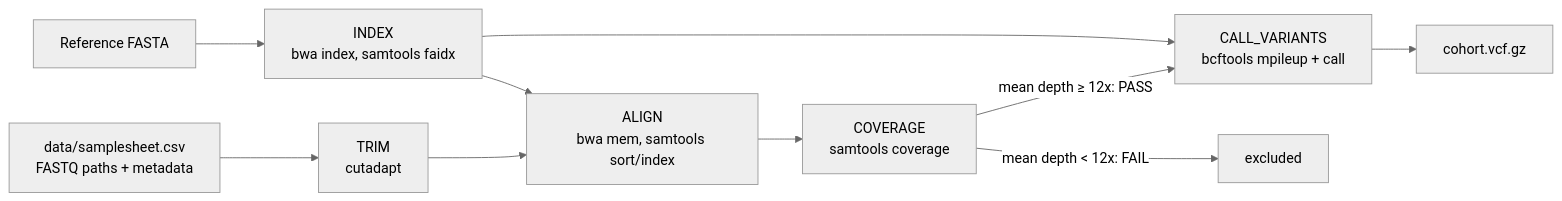
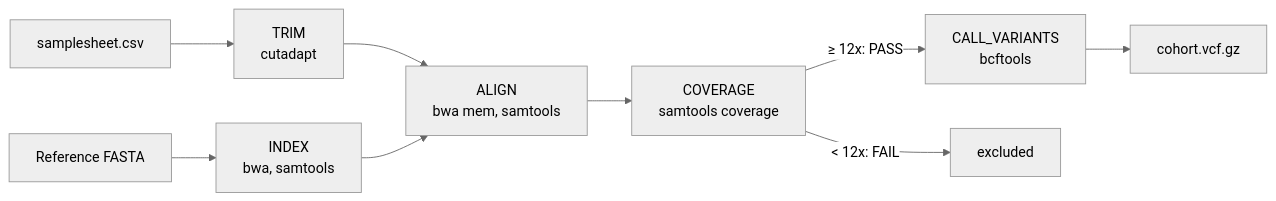
The diagram in README.md (timondm0704/nextflow_wgs_variant_calling), drawn with Mermaid (neutral theme) before and after one commit. The commit also changed other lines of this file, not shown here.

````diff
--- a/README.md
+++ b/README.md
@@ -42,12 +17,11 @@
 ```mermaid
 flowchart LR
-    S["data/samplesheet.csv<br/>FASTQ paths + metadata"] --> T["TRIM<br/>cutadapt"]
-    R["Reference FASTA"] --> I["INDEX<br/>bwa index, samtools faidx"]
-    T --> A["ALIGN<br/>bwa mem, samtools sort/index"]
+    S["samplesheet.csv"] --> T["TRIM<br/>cutadapt"]
+    R["Reference FASTA"] --> I["INDEX<br/>bwa, samtools"]
+    T --> A["ALIGN<br/>bwa mem, samtools"]
     I --> A
     A --> C["COVERAGE<br/>samtools coverage"]
-    C -->|"mean depth ≥ 12x: PASS"| V["CALL_VARIANTS<br/>bcftools mpileup + call"]
-    C -->|"mean depth < 12x: FAIL"| X["excluded"]
-    I --> V
+    C -->|"≥ 12x: PASS"| V["CALL_VARIANTS<br/>bcftools"]
+    C -->|"< 12x: FAIL"| X["excluded"]
     V --> O["cohort.vcf.gz"]
 ```
````
